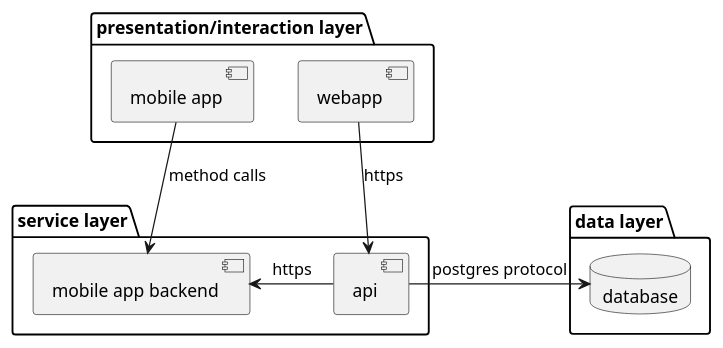
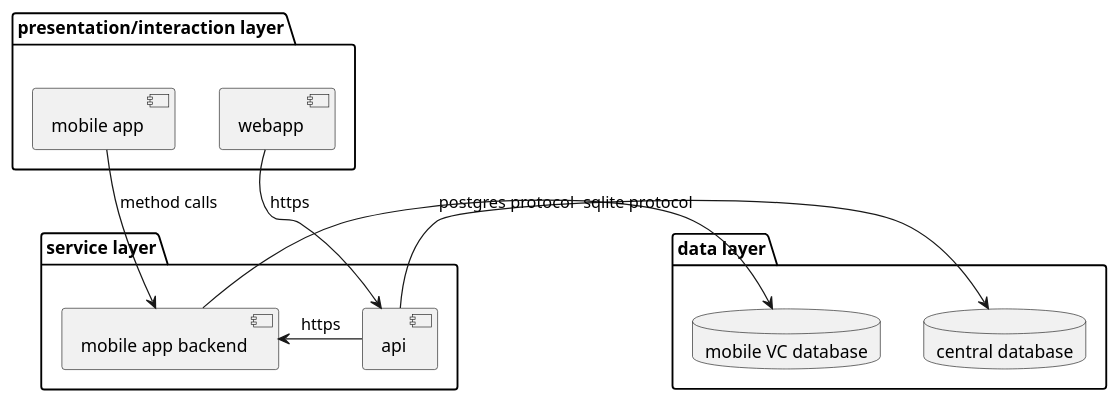
One commit to SelSolvID/docs changed the diagram in diagrams/layer.puml. Above: the diagram before and after it, drawn with PlantUML.

Commit message:
Add local datbase on phone

```diff
--- a/diagrams/layer.puml
+++ b/diagrams/layer.puml
@@ -1,21 +1,23 @@
 @startuml layer diagram
 package "presentation/interaction layer" as pil {
   [webapp] as wap
   [mobile app] as map
 }
 
 package "service layer" as sl {
   [api]
   [mobile app backend] as mab
 }
 
 package "data layer" as dl {
-  database database
+  database "central database" as cdb
+  database "mobile VC database" as ldb
 }
 
 
 wap --> api : https
 map -> mab : method calls
-api -> database : postgres protocol
+api -> cdb : postgres protocol
 api -> mab : https
+mab -> ldb : sqlite protocol
 @enduml
```
